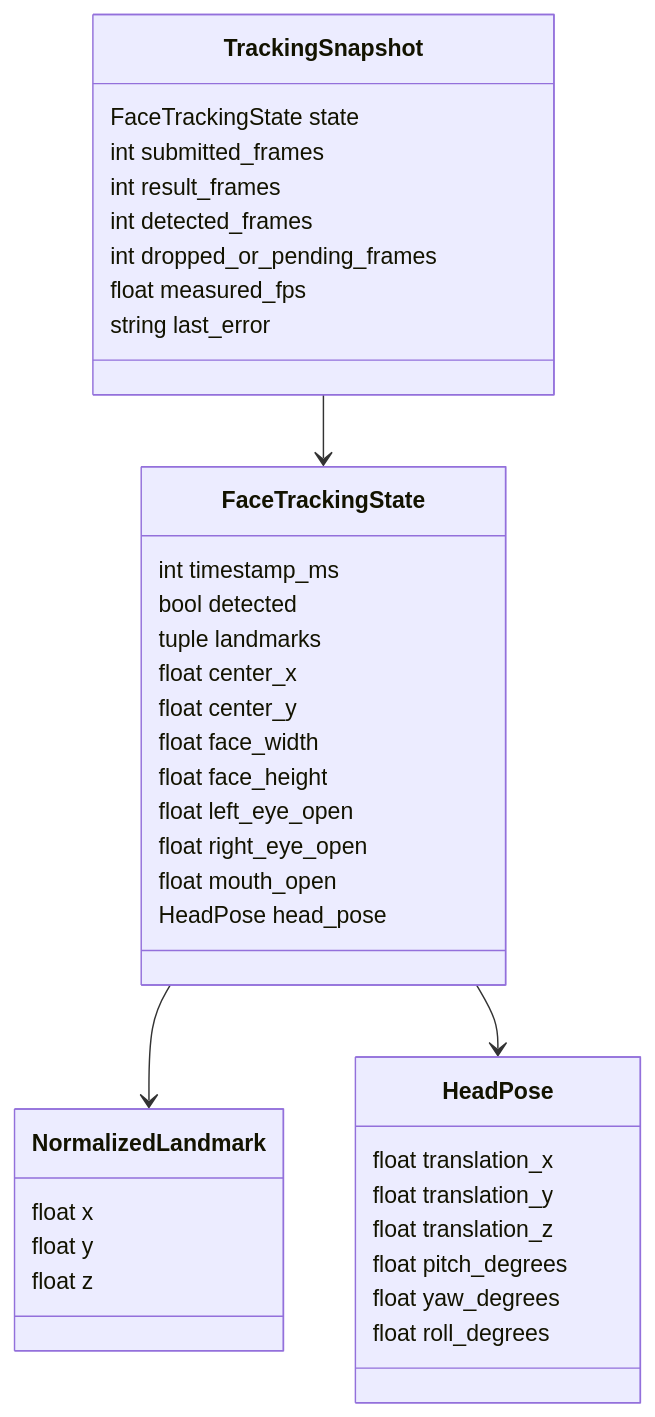
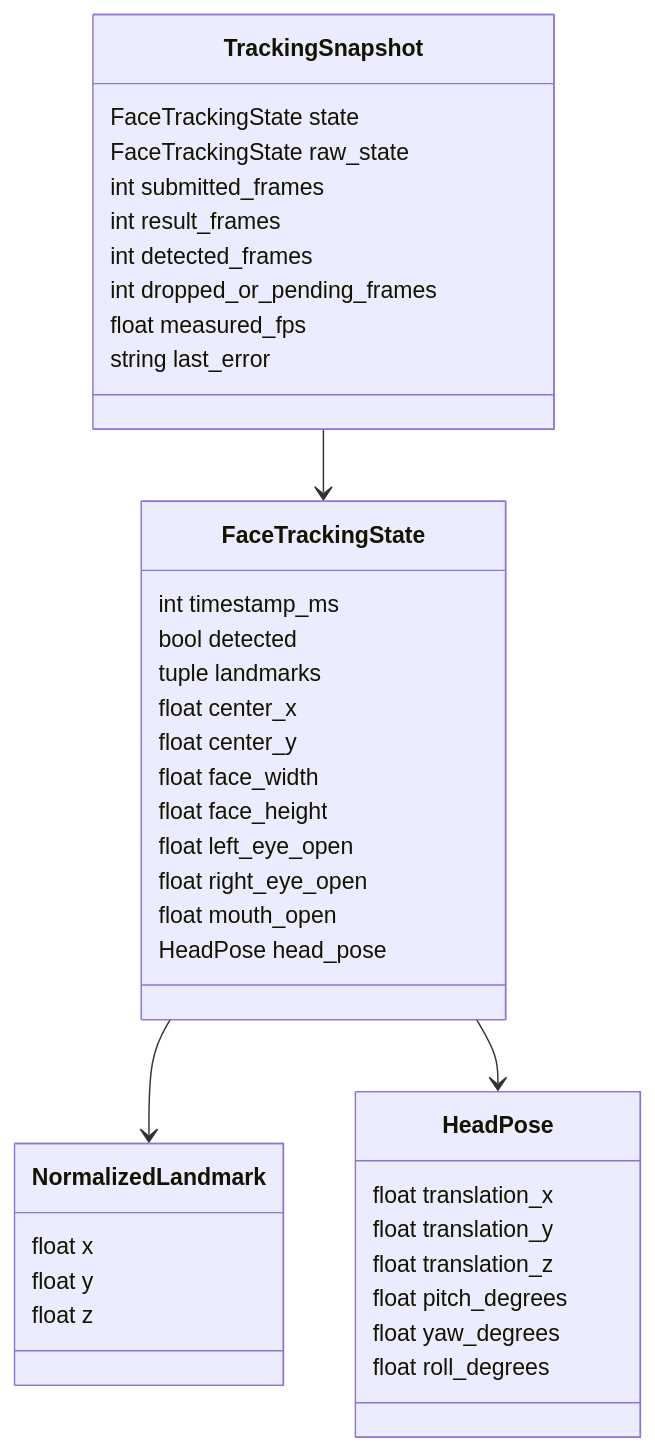
Before and after one commit to Zanark/KardboardCode-VTuber: the first of 2 diagrams in docs/06-face-tracking/normalized-face-state.md, drawn with Mermaid. The commit also changed other lines of this file and 18 other files, not shown here.

````diff
--- a/docs/06-face-tracking/normalized-face-state.md
+++ b/docs/06-face-tracking/normalized-face-state.md
@@ -13,41 +13,42 @@
 ```mermaid
 classDiagram
     class NormalizedLandmark {
       float x
       float y
       float z
     }
     class HeadPose {
       float translation_x
       float translation_y
       float translation_z
       float pitch_degrees
       float yaw_degrees
       float roll_degrees
     }
     class FaceTrackingState {
       int timestamp_ms
       bool detected
       tuple landmarks
       float center_x
       float center_y
       float face_width
       float face_height
       float left_eye_open
       float right_eye_open
       float mouth_open
       HeadPose head_pose
     }
     class TrackingSnapshot {
       FaceTrackingState state
+      FaceTrackingState raw_state
       int submitted_frames
       int result_frames
       int detected_frames
       int dropped_or_pending_frames
       float measured_fps
       string last_error
     }
     FaceTrackingState --> NormalizedLandmark
     FaceTrackingState --> HeadPose
     TrackingSnapshot --> FaceTrackingState
 ```
````
